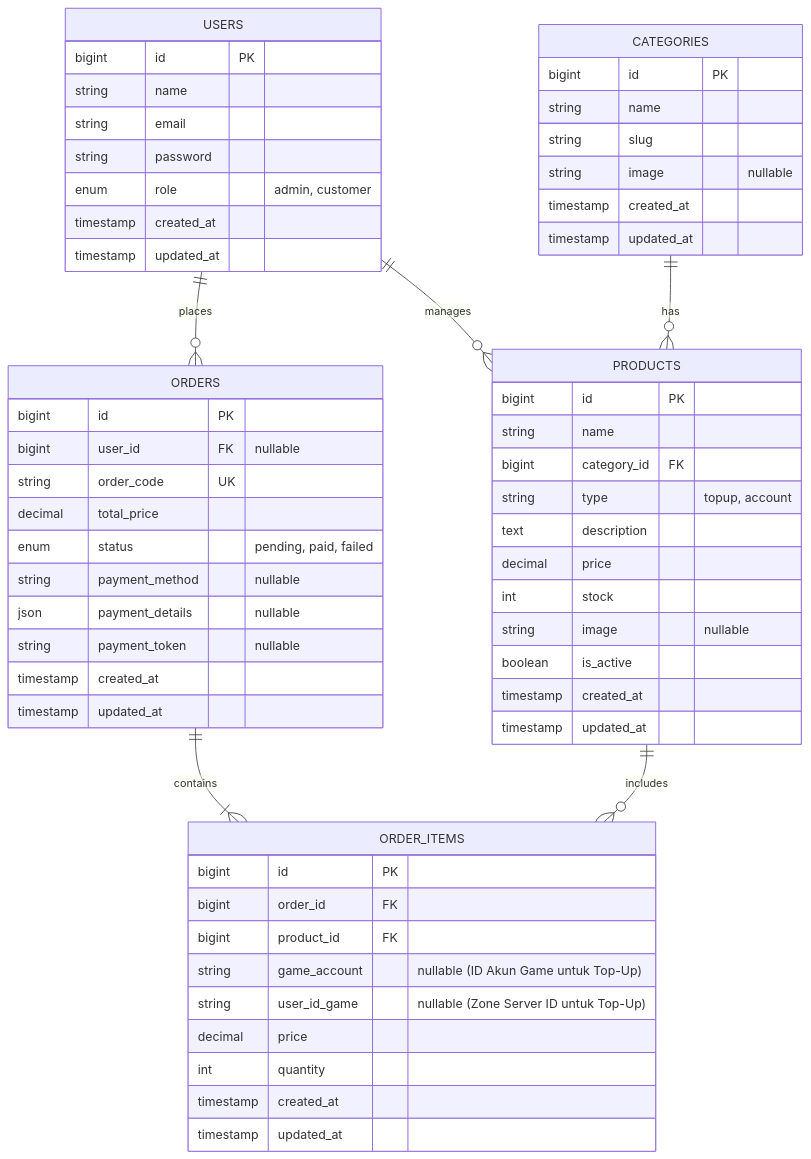
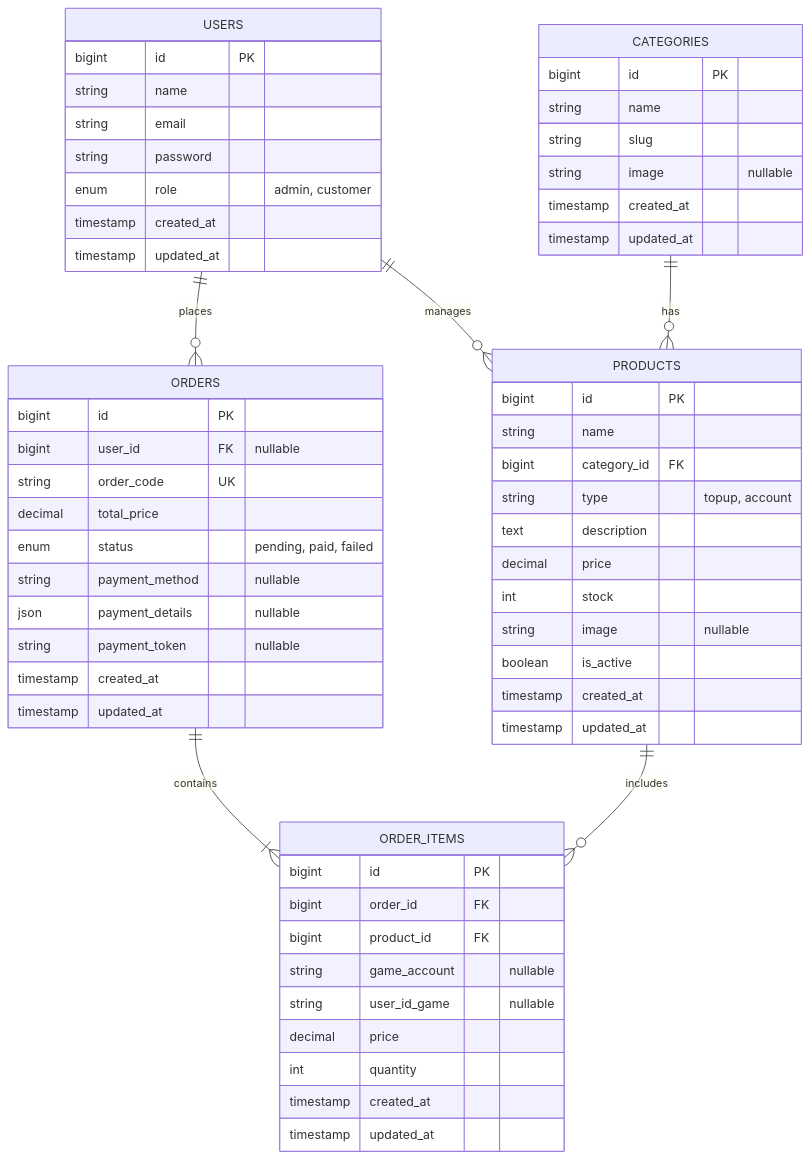
Before and after one commit to jouvanprb/marketplace-app: the diagram in README.md, drawn with Mermaid. The commit also changed other lines of this file, not shown here.

````diff
--- a/README.md
+++ b/README.md
@@ -30,66 +21,66 @@
 ```mermaid
 erDiagram
     USERS ||--o{ ORDERS : places
     USERS ||--o{ PRODUCTS : manages
     CATEGORIES ||--o{ PRODUCTS : has
     ORDERS ||--|{ ORDER_ITEMS : contains
     PRODUCTS ||--o{ ORDER_ITEMS : includes
     
     USERS {
         bigint id PK
         string name
         string email
         string password
         enum role "admin, customer"
         timestamp created_at
         timestamp updated_at
     }
     
     CATEGORIES {
         bigint id PK
         string name
         string slug
         string image "nullable"
         timestamp created_at
         timestamp updated_at
     }
     
     PRODUCTS {
         bigint id PK
         string name
         bigint category_id FK
         string type "topup, account"
         text description
         decimal price
         int stock
         string image "nullable"
         boolean is_active
         timestamp created_at
         timestamp updated_at
     }
     
     ORDERS {
         bigint id PK
         bigint user_id FK "nullable"
         string order_code UK
         decimal total_price
         enum status "pending, paid, failed"
         string payment_method "nullable"
         json payment_details "nullable"
         string payment_token "nullable"
         timestamp created_at
         timestamp updated_at
     }
     
     ORDER_ITEMS {
         bigint id PK
         bigint order_id FK
         bigint product_id FK
-        string game_account "nullable (ID Akun Game untuk Top-Up)"
-        string user_id_game "nullable (Zone Server ID untuk Top-Up)"
+        string game_account "nullable"
+        string user_id_game "nullable"
         decimal price
         int quantity
         timestamp created_at
         timestamp updated_at
     }
 ```
````
